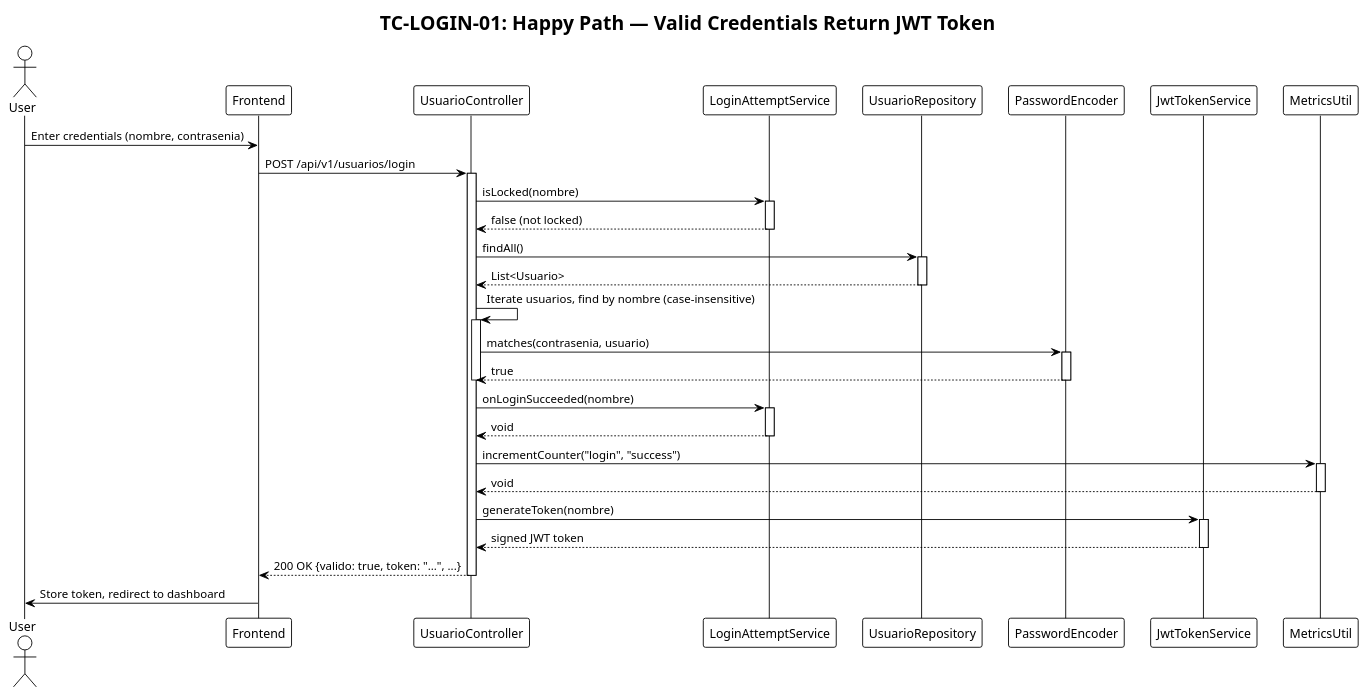
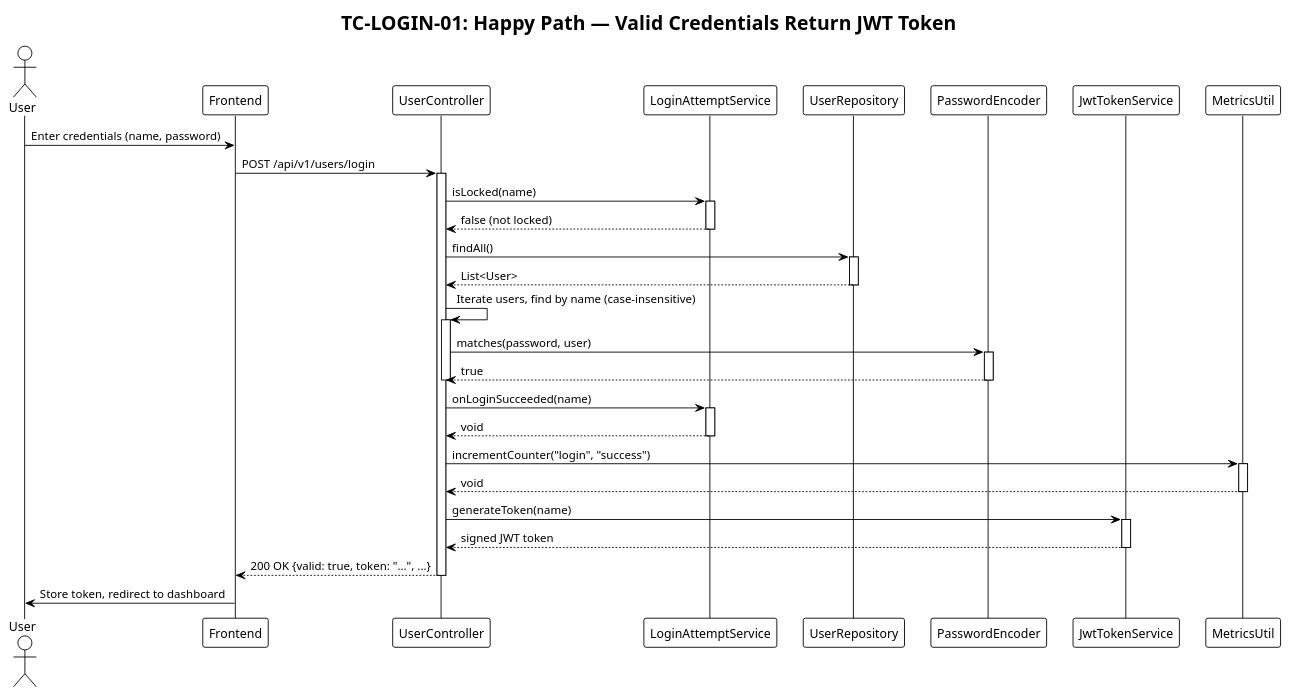
Before and after one commit to matiaspakua/notaire: the diagram in docs/200-architecture/204-diagrams/Secuencias/seq-005-login-happy-path.puml, drawn with PlantUML. The commit also changed 52 other files, not shown here.

```diff
--- a/docs/200-architecture/204-diagrams/Secuencias/seq-005-login-happy-path.puml
+++ b/docs/200-architecture/204-diagrams/Secuencias/seq-005-login-happy-path.puml
@@ -1,56 +1,56 @@
 @startuml login-happy-path
 !theme plain
 title TC-LOGIN-01: Happy Path — Valid Credentials Return JWT Token
 
 actor "User" as User
 participant "Frontend" as FE
-participant "UsuarioController" as Ctrl
+participant "UserController" as Ctrl
 participant "LoginAttemptService" as LAS
-participant "UsuarioRepository" as Repo
+participant "UserRepository" as Repo
 participant "PasswordEncoder" as PE
 participant "JwtTokenService" as JWT
 participant "MetricsUtil" as Metrics
 
-User -> FE: Enter credentials (nombre, contrasenia)
-FE -> Ctrl: POST /api/v1/usuarios/login
+User -> FE: Enter credentials (name, password)
+FE -> Ctrl: POST /api/v1/users/login
 activate Ctrl
 
-Ctrl -> LAS: isLocked(nombre)
+Ctrl -> LAS: isLocked(name)
 activate LAS
 LAS --> Ctrl: false (not locked)
 deactivate LAS
 
 Ctrl -> Repo: findAll()
 activate Repo
-Repo --> Ctrl: List<Usuario>
+Repo --> Ctrl: List<User>
 deactivate Repo
 
-Ctrl -> Ctrl: Iterate usuarios, find by nombre (case-insensitive)
+Ctrl -> Ctrl: Iterate users, find by name (case-insensitive)
 activate Ctrl
-Ctrl -> PE: matches(contrasenia, usuario)
+Ctrl -> PE: matches(password, user)
 activate PE
 PE --> Ctrl: true
 deactivate PE
 deactivate Ctrl
 
-Ctrl -> LAS: onLoginSucceeded(nombre)
+Ctrl -> LAS: onLoginSucceeded(name)
 activate LAS
 LAS --> Ctrl: void
 deactivate LAS
 
 Ctrl -> Metrics: incrementCounter("login", "success")
 activate Metrics
 Metrics --> Ctrl: void
 deactivate Metrics
 
-Ctrl -> JWT: generateToken(nombre)
+Ctrl -> JWT: generateToken(name)
 activate JWT
 JWT --> Ctrl: signed JWT token
 deactivate JWT
 
-Ctrl --> FE: 200 OK {valido: true, token: "...", ...}
+Ctrl --> FE: 200 OK {valid: true, token: "...", ...}
 deactivate Ctrl
 
 FE -> User: Store token, redirect to dashboard
 
 @enduml
```
